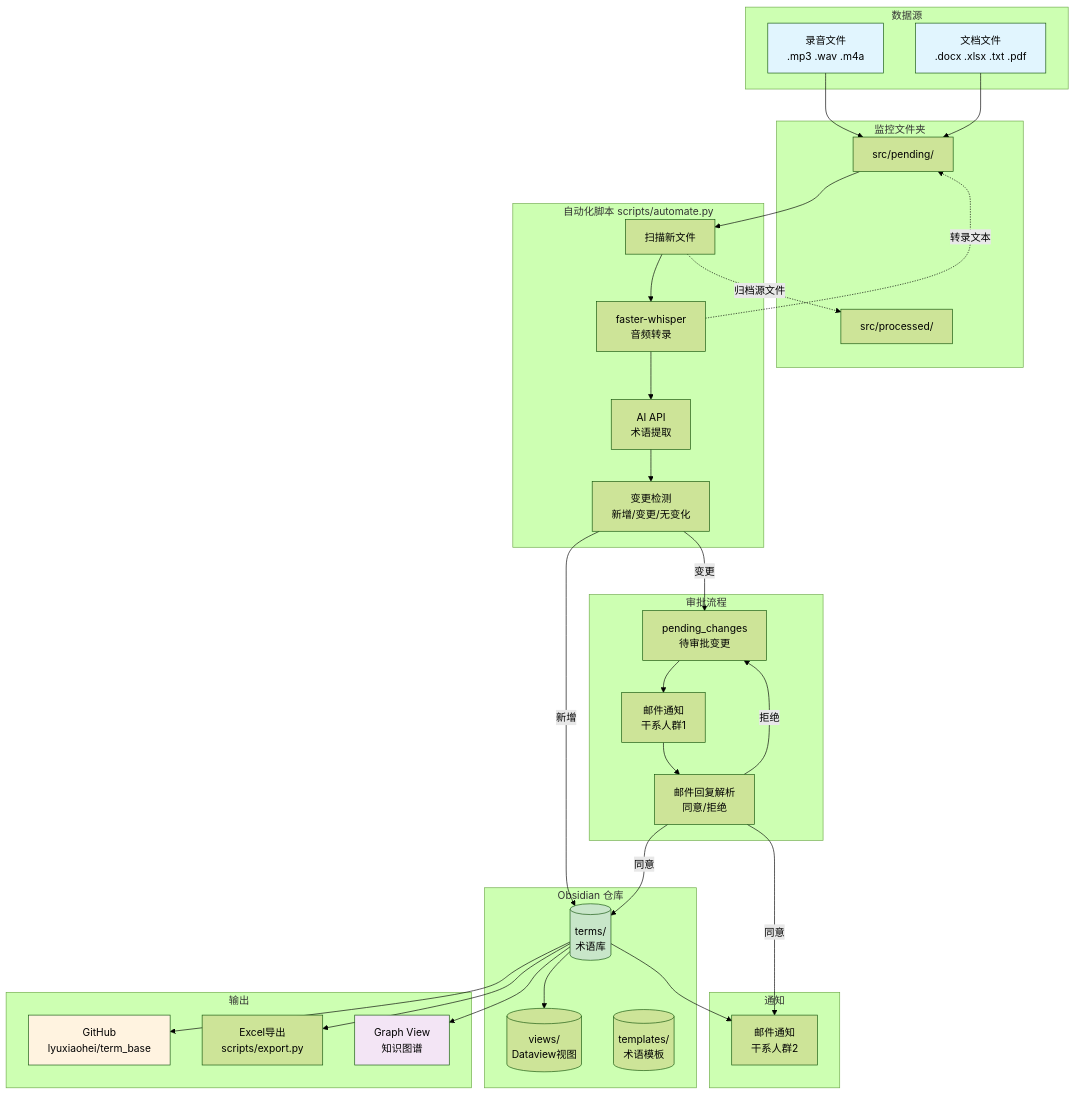
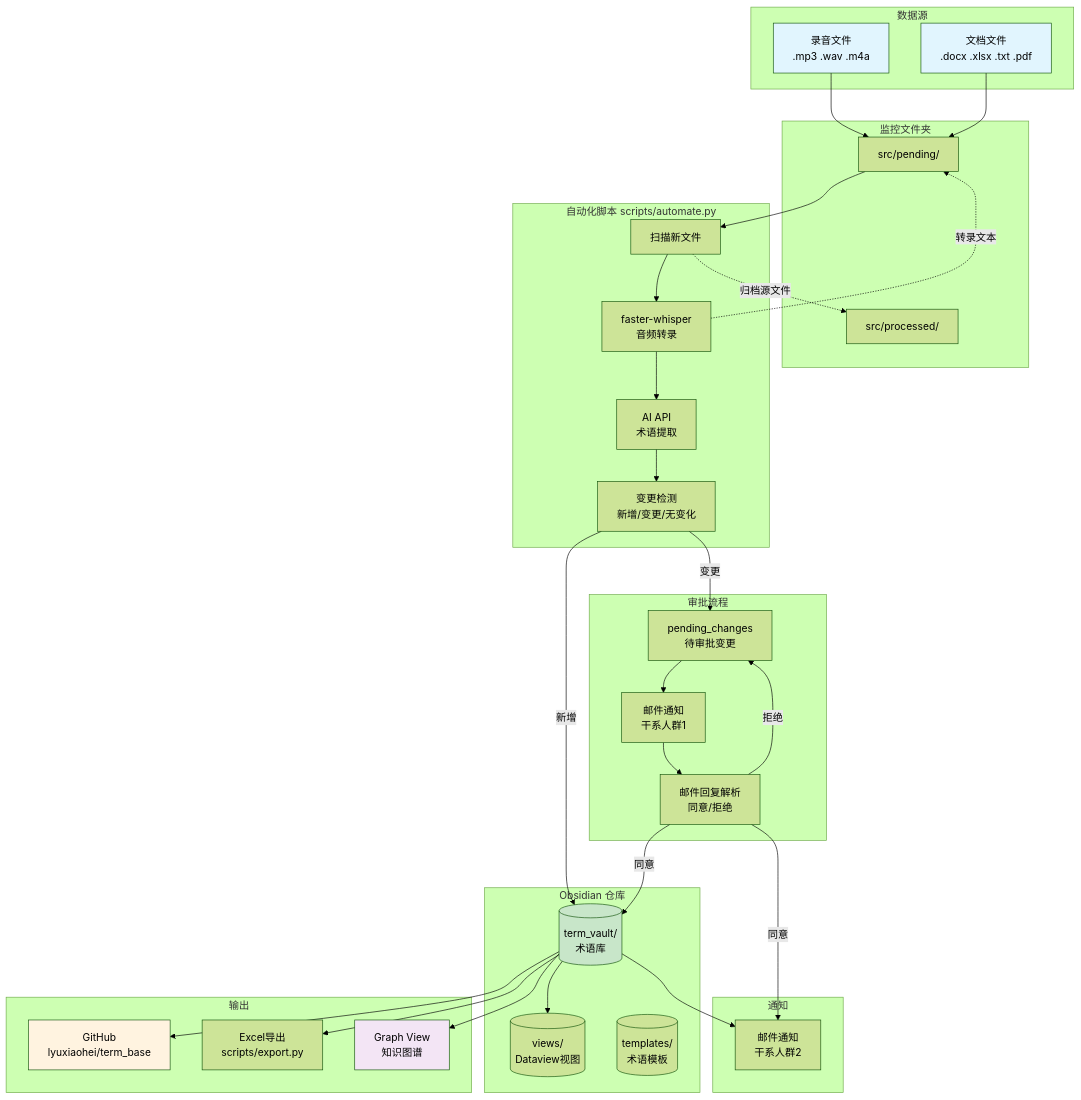
One commit to lyuxiaohei/term_base changed the diagram in views/项目架构.md. Above: the diagram before and after it, drawn with Mermaid (forest theme). The commit also changed other lines of this file and 140 other files, not shown here.

First line of the commit message:
refactor: rename terms/ to term_vault/, update all references

````diff
--- a/views/项目架构.md
+++ b/views/项目架构.md
@@ -5,71 +5,71 @@
 ```mermaid
 graph TB
     subgraph 数据源
         A[录音文件<br>.mp3 .wav .m4a]
         B[文档文件<br>.docx .xlsx .txt .pdf]
     end
 
     subgraph 监控文件夹
         C[src/pending/]
         D[src/processed/]
     end
 
     subgraph 自动化脚本 scripts/automate.py
         E[扫描新文件]
         F[faster-whisper<br>音频转录]
         G[AI API<br>术语提取]
         H[变更检测<br>新增/变更/无变化]
     end
 
     subgraph Obsidian 仓库
-        I[(terms/<br>术语库)]
+        I[(term_vault/<br>术语库)]
         J[(views/<br>Dataview视图)]
         K[(templates/<br>术语模板)]
     end
 
     subgraph 审批流程
         L[pending_changes<br>待审批变更]
         M[邮件通知<br>干系人群1]
         N[邮件回复解析<br>同意/拒绝]
     end
 
     subgraph 通知
         O[邮件通知<br>干系人群2]
     end
 
     subgraph 输出
         P[GitHub<br>lyuxiaohei/term_base]
         Q[Excel导出<br>scripts/export.py]
         R[Graph View<br>知识图谱]
     end
 
     A --> C
     B --> C
     C --> E
     E --> F
     F --> G
     G --> H
 
     H -->|新增| I
     H -->|变更| L
     L --> M
     M --> N
     N -->|同意| I
     N -->|同意| O
     N -->|拒绝| L
 
     I --> P
     I --> Q
     I --> R
     I --> J
     I --> O
 
     F -.->|转录文本| C
     E -.->|归档源文件| D
 
     style A fill:#e1f5fe
     style B fill:#e1f5fe
     style I fill:#c8e6c9
     style P fill:#fff3e0
     style R fill:#f3e5f5
 ```
````
